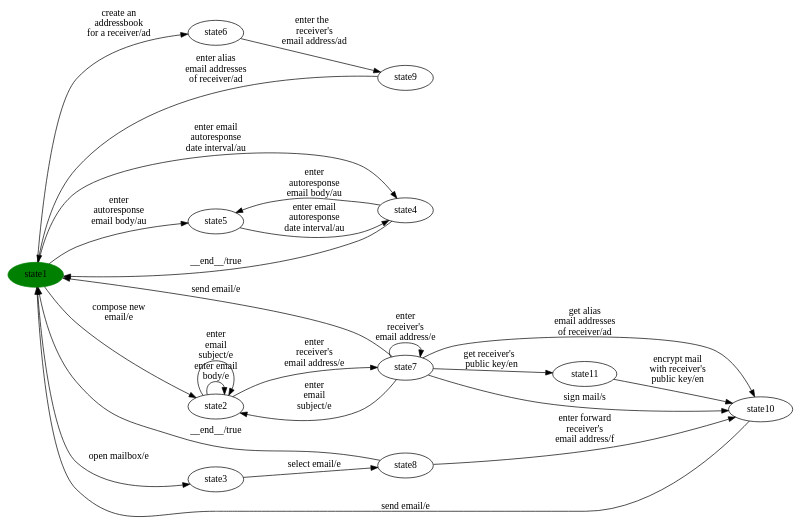
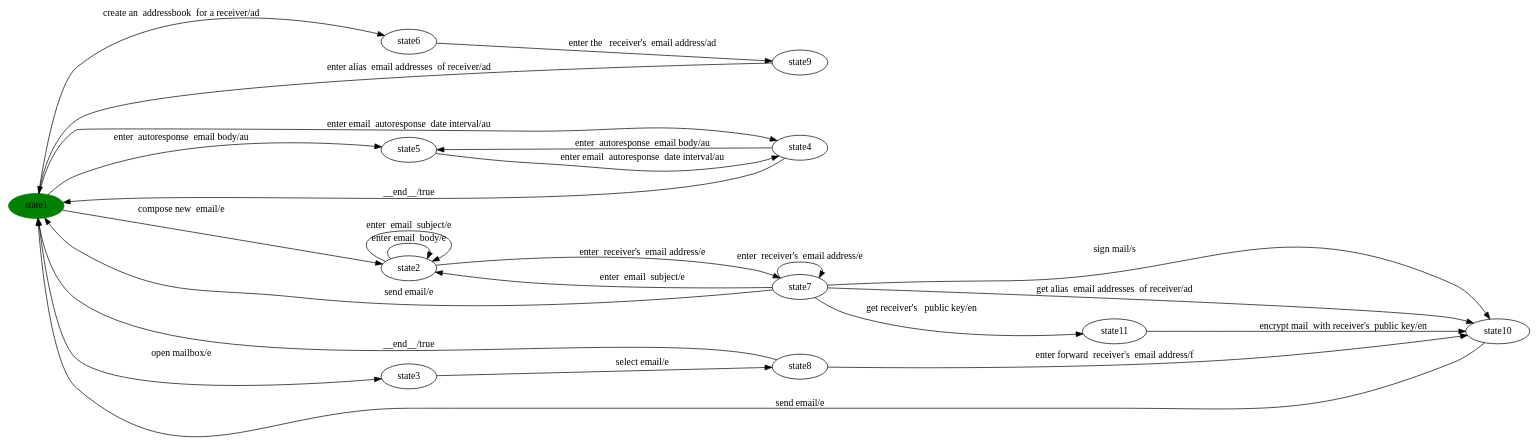
Before and after one commit to dilekozturk93/vibes: the diagram in milestone-reports/full-pipeline-walkthrough/eMail/eMail-step1-spl.dot, drawn with Graphviz. The commit also changed 36 other files, not shown here.

```diff
--- a/milestone-reports/full-pipeline-walkthrough/eMail/eMail-step1-spl.dot
+++ b/milestone-reports/full-pipeline-walkthrough/eMail/eMail-step1-spl.dot
@@ -1,69 +1,38 @@
 digraph G {
 rankdir=LR;
 state0[ label = "state1", style=filled, color=green ];
 state1 [ label = "state9" ];
-state1 -> state0 [ label=" enter alias 
-email addresses 
-of receiver/ad " ];
 state2 [ label = "state6" ];
-state2 -> state1 [ label=" enter the  
-receiver's 
-email address/ad " ];
 state3 [ label = "state5" ];
-state3 -> state4 [ label=" enter email 
-autoresponse 
-date interval/au " ];
-state5 [ label = "state8" ];
-state5 -> state6 [ label=" enter forward 
-receiver's 
-email address/f " ];
-state5 -> state0 [ label=" __end__/true " ];
-state7 [ label = "state11" ];
-state7 -> state6 [ label=" encrypt mail 
-with receiver's 
-public key/en " ];
-state8 [ label = "state7" ];
-state8 -> state9 [ label=" enter
- email 
-subject/e " ];
-state8 -> state0 [ label=" send email/e " ];
-state8 -> state8 [ label=" enter 
-receiver's 
-email address/e " ];
-state8 -> state6 [ label=" sign mail/s " ];
-state8 -> state6 [ label=" get alias 
-email addresses 
-of receiver/ad " ];
-state8 -> state7 [ label=" get receiver's  
-public key/en " ];
-state6 [ label = "state10" ];
+state4 [ label = "state8" ];
+state5 [ label = "state11" ];
+state6 [ label = "state7" ];
+state7 [ label = "state10" ];
+state8 [ label = "state2" ];
+state9 [ label = "state4" ];
+state10 [ label = "state3" ];
+state9 -> state3 [ label=" enter  autoresponse  email body/au " ];
 state6 -> state0 [ label=" send email/e " ];
-state9 [ label = "state2" ];
-state9 -> state8 [ label=" enter 
-receiver's 
-email address/e " ];
-state9 -> state9 [ label=" enter email 
-body/e " ];
-state9 -> state9 [ label=" enter
- email 
-subject/e " ];
-state0 -> state9 [ label=" compose new 
-email/e " ];
+state6 -> state5 [ label=" get receiver's   public key/en " ];
+state5 -> state7 [ label=" encrypt mail  with receiver's  public key/en " ];
+state10 -> state4 [ label=" select email/e " ];
+state1 -> state0 [ label=" enter alias  email addresses  of receiver/ad " ];
+state3 -> state9 [ label=" enter email  autoresponse  date interval/au " ];
+state6 -> state7 [ label=" sign mail/s " ];
+state8 -> state6 [ label=" enter  receiver's  email address/e " ];
+state6 -> state8 [ label=" enter  email  subject/e " ];
+state0 -> state9 [ label=" enter email  autoresponse  date interval/au " ];
+state0 -> state3 [ label=" enter  autoresponse  email body/au " ];
+state9 -> state0 [ label=" __end__/true " ];
+state4 -> state7 [ label=" enter forward  receiver's  email address/f " ];
+state4 -> state0 [ label=" __end__/true " ];
 state0 -> state10 [ label=" open mailbox/e " ];
-state0 -> state4 [ label=" enter email 
-autoresponse 
-date interval/au " ];
-state0 -> state3 [ label=" enter 
-autoresponse 
-email body/au " ];
-state0 -> state2 [ label=" create an 
-addressbook 
-for a receiver/ad " ];
-state4 [ label = "state4" ];
-state4 -> state3 [ label=" enter 
-autoresponse 
-email body/au " ];
-state4 -> state0 [ label=" __end__/true " ];
-state10 [ label = "state3" ];
-state10 -> state5 [ label=" select email/e " ];
+state0 -> state2 [ label=" create an  addressbook  for a receiver/ad " ];
+state0 -> state8 [ label=" compose new  email/e " ];
+state8 -> state8 [ label=" enter email  body/e " ];
+state8 -> state8 [ label=" enter  email  subject/e " ];
+state7 -> state0 [ label=" send email/e " ];
+state2 -> state1 [ label=" enter the   receiver's  email address/ad " ];
+state6 -> state6 [ label=" enter  receiver's  email address/e " ];
+state6 -> state7 [ label=" get alias  email addresses  of receiver/ad " ];
 }
```
